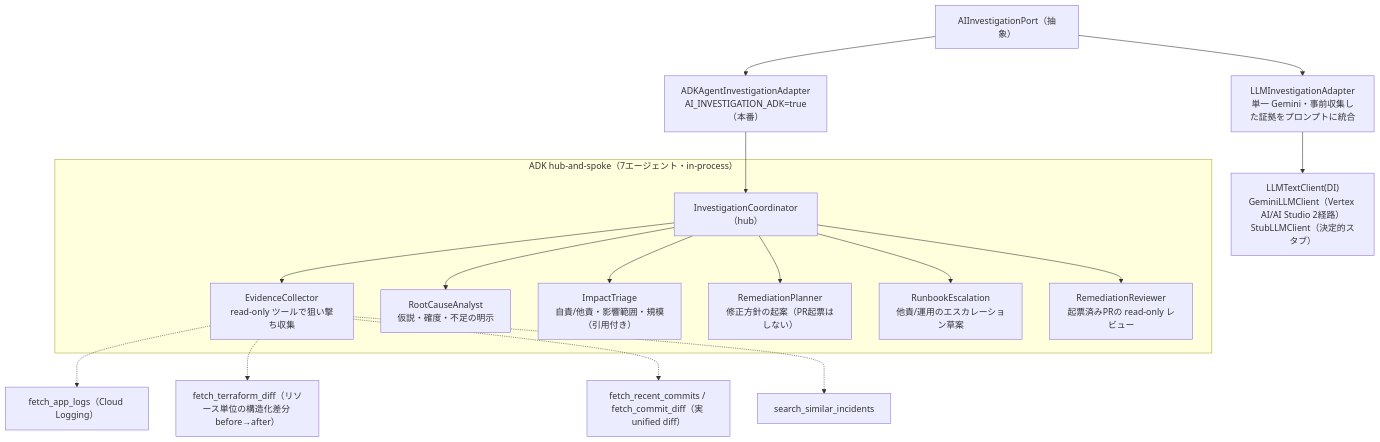
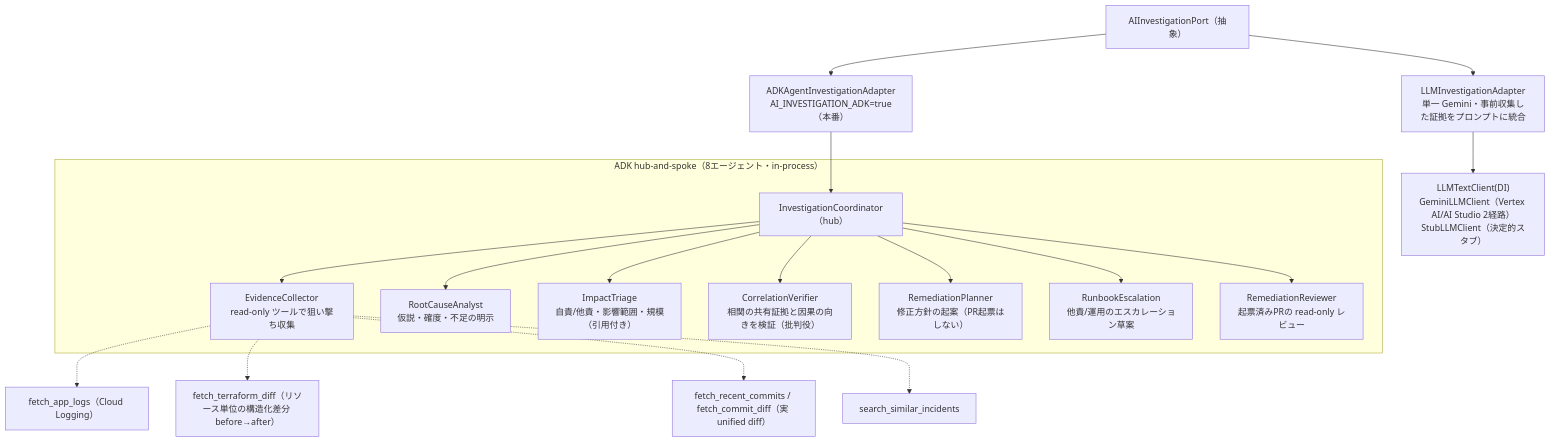
One commit to nagoyamanaka/ec-monitoring-agent changed the third of 5 diagrams in docs/architecture.md. Above: the diagram before and after it, drawn with Mermaid. The commit also changed other lines of this file and 16 other files, not shown here.

````diff
--- a/docs/architecture.md
+++ b/docs/architecture.md
@@ -81,24 +81,25 @@
 ```mermaid
 flowchart TD
   PORT["AIInvestigationPort（抽象）"]
   PORT --> LLM["LLMInvestigationAdapter<br/>単一 Gemini・事前収集した証拠をプロンプトに統合"]
   PORT --> ADK["ADKAgentInvestigationAdapter<br/>AI_INVESTIGATION_ADK=true（本番）"]
   LLM --> TC["LLMTextClient(DI)<br/>GeminiLLMClient（Vertex AI/AI Studio 2経路）<br/>StubLLMClient（決定的スタブ）"]
 
-  subgraph graph["ADK hub-and-spoke（7エージェント・in-process）"]
+  subgraph graph["ADK hub-and-spoke（8エージェント・in-process）"]
     CO["InvestigationCoordinator（hub）"]
     EVC["EvidenceCollector<br/>read-only ツールで狙い撃ち収集"]
     RCA["RootCauseAnalyst<br/>仮説・確度・不足の明示"]
     IT["ImpactTriage<br/>自責/他責・影響範囲・規模（引用付き）"]
+    CV["CorrelationVerifier<br/>相関の共有証拠と因果の向きを検証（批判役）"]
     RP["RemediationPlanner<br/>修正方針の起案（PR起票はしない）"]
     RE["RunbookEscalation<br/>他責/運用のエスカレーション草案"]
     RR["RemediationReviewer<br/>起票済みPRの read-only レビュー"]
-    CO --> EVC & RCA & IT & RP & RE & RR
+    CO --> EVC & RCA & IT & CV & RP & RE & RR
   end
   ADK --> CO
 
   EVC -.-> T1["fetch_app_logs（Cloud Logging）"]
   EVC -.-> T2["fetch_terraform_diff（リソース単位の構造化差分 before→after）"]
   EVC -.-> T3["fetch_recent_commits / fetch_commit_diff（実 unified diff）"]
   EVC -.-> T4["search_similar_incidents"]
 ```
````
